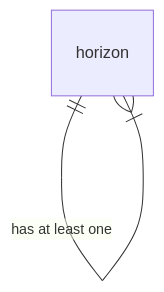
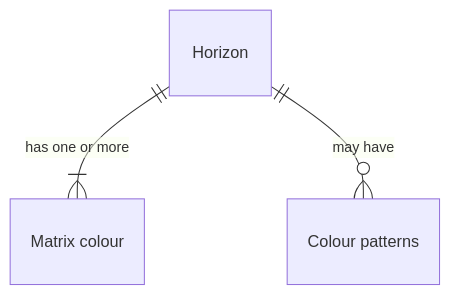
Before and after one commit to manaakiwhenua/NZ_soildesc_2024: diagram 16 of 18 in ap_03_database_design.qmd, drawn with Mermaid. The commit also changed other lines of this file, not shown here.

````diff
--- a/ap_03_database_design.qmd
+++ b/ap_03_database_design.qmd
@@ -565,7 +914,10 @@
 ```{mermaid}
-%%| fig-cap: "Horizon morphology - including support tables"
 
-erDiagram
-  horizon ||--|{ horizon : "has at least one"
+%%| fig-cap: "Horizon colour - simple model"
+
+%%{ init: { 'er': { 'layoutDirection': 'LR' } } }%%
+erDiagram 
+  Horizon ||--|{ "Matrix colour" : "has one or more"
+  Horizon ||--o{ "Colour patterns" : "may have"
 
 ```
````
